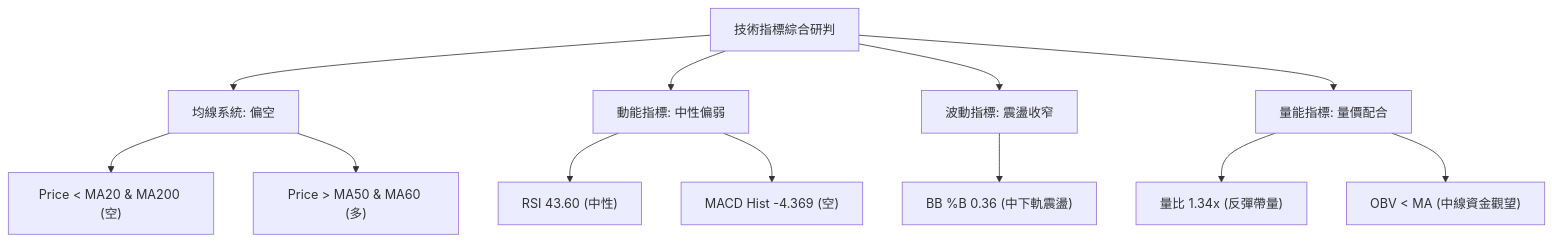
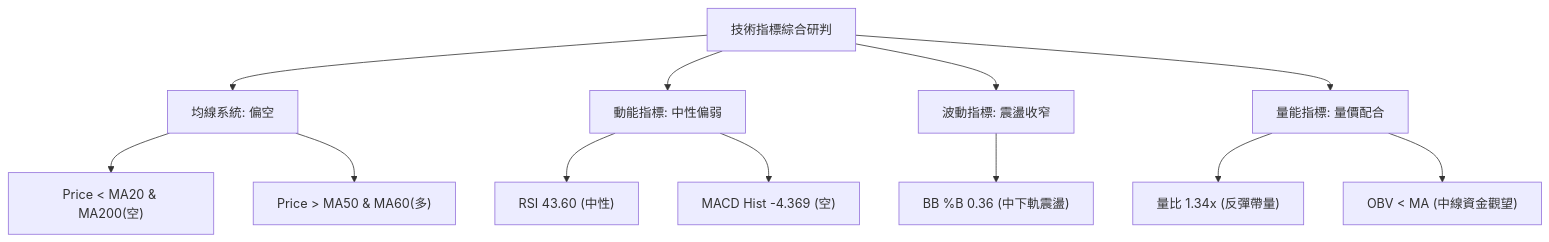
The fifth of 8 diagrams in ai_gen_report/stock/tsla/technical_analysis_2026-06-14_gemini.md (yennanliu/finance_data), drawn with Mermaid before and after one commit. The commit also changed other lines of this file and 2258 other files, not shown here.

First line of the commit message:
chore: backfill Mermaid syntax repair across existing reports

````diff
--- a/ai_gen_report/stock/tsla/technical_analysis_2026-06-14_gemini.md
+++ b/ai_gen_report/stock/tsla/technical_analysis_2026-06-14_gemini.md
@@ -311,15 +311,15 @@
 ```mermaid
 graph TD
-    A[技術指標綜合研判] --> B[均線系統: 偏空]
-    A --> C[動能指標: 中性偏弱]
-    A --> D[波動指標: 震盪收窄]
-    A --> E[量能指標: 量價配合]
+    A["技術指標綜合研判"] --> B["均線系統: 偏空"]
+    A --> C["動能指標: 中性偏弱"]
+    A --> D["波動指標: 震盪收窄"]
+    A --> E["量能指標: 量價配合"]
 
-    B --> B1["Price < MA20 & MA200 (空)"]
-    B --> B2["Price > MA50 & MA60 (多)"]
+    B --> B1["Price < MA20 & MA200(空)"]
+    B --> B2["Price > MA50 & MA60(多)"]
     C --> C1["RSI 43.60 (中性)"]
     C --> C2["MACD Hist -4.369 (空)"]
     D --> D1["BB %B 0.36 (中下軌震盪)"]
     E --> E1["量比 1.34x (反彈帶量)"]
     E --> E2["OBV < MA (中線資金觀望)"]
 ```
````
